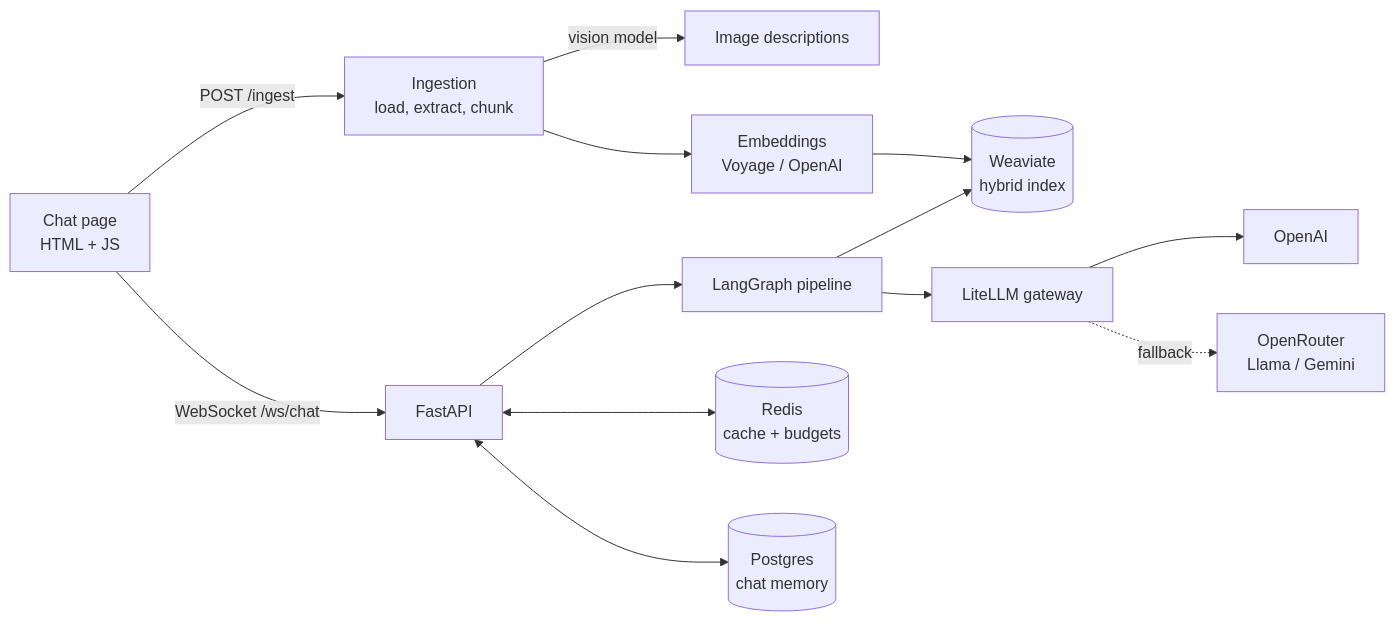
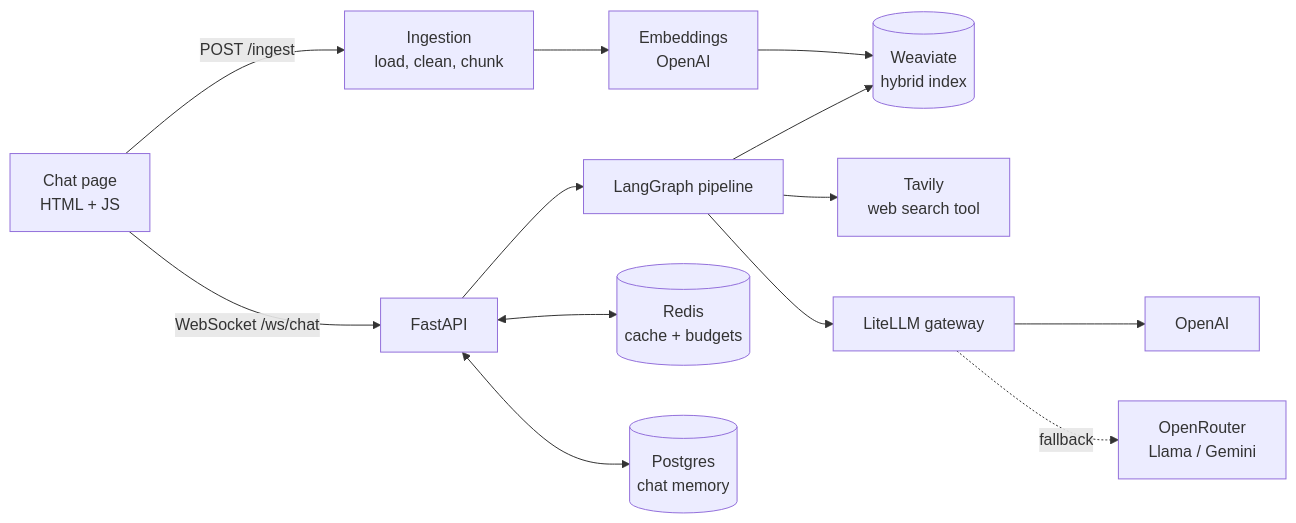
Before and after one commit to Varsha-1605/Question-Answering-Chatbot: the first of 2 diagrams in README.md, drawn with Mermaid. The commit also changed other lines of this file and 19 other files, not shown here.

Commit message:
Added Tavily web search tool and reduce response latency

````diff
--- a/README.md
+++ b/README.md
@@ -43,15 +46,15 @@
 ```mermaid
 flowchart LR
-    UI[Chat page<br/>HTML + JS] -- POST /ingest --> ING[Ingestion<br/>load, extract, chunk]
+    UI[Chat page<br/>HTML + JS] -- POST /ingest --> ING[Ingestion<br/>load, clean, chunk]
     UI -- WebSocket /ws/chat --> API[FastAPI]
-    ING -- vision model --> IMG[Image descriptions]
-    ING --> EMB[Embeddings<br/>Voyage / OpenAI]
+    ING --> EMB[Embeddings<br/>OpenAI]
     EMB --> WV[(Weaviate<br/>hybrid index)]
     API --> G[LangGraph pipeline]
     G --> WV
+    G --> WEB[Tavily<br/>web search tool]
     G --> GW[LiteLLM gateway]
     GW --> OAI[OpenAI]
     GW -. fallback .-> OR[OpenRouter<br/>Llama / Gemini]
     API <--> R[(Redis<br/>cache + budgets)]
     API <--> PG[(Postgres<br/>chat memory)]
 ```
````
